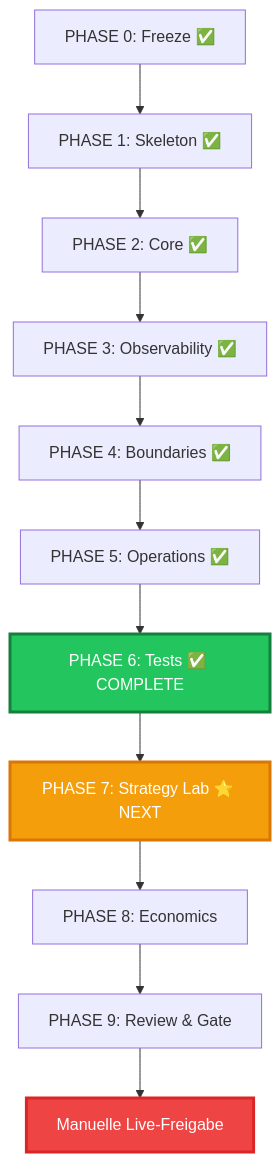
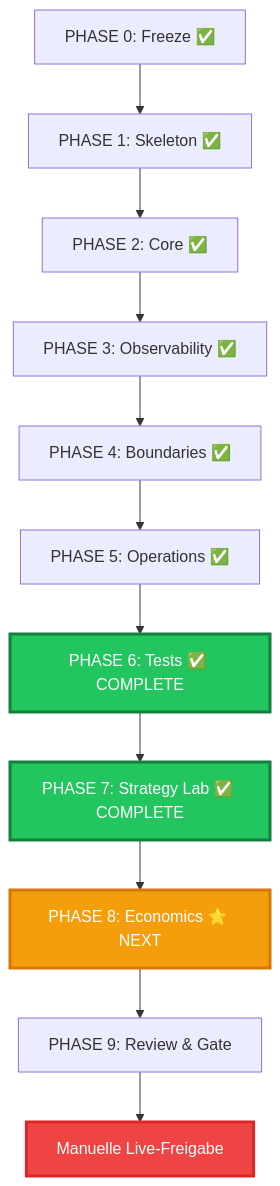
The diagram in forward_v5/docs/site/docs/phases.md (dpxyz/pecz), drawn with Mermaid before and after one commit. The commit also changed other lines of this file and 10 other files, not shown here.

First line of the commit message:
Phase 7 COMPLETE: Strategy Lab validation, Mission Control updated

````diff
--- a/forward_v5/docs/site/docs/phases.md
+++ b/forward_v5/docs/site/docs/phases.md
@@ -10,17 +10,18 @@
 ```mermaid
 graph TD
     P0[PHASE 0: Freeze ✅] --> P1[PHASE 1: Skeleton ✅]
     P1 --> P2[PHASE 2: Core ✅]
     P2 --> P3[PHASE 3: Observability ✅]
     P3 --> P4[PHASE 4: Boundaries ✅]
     P4 --> P5[PHASE 5: Operations ✅]
     P5 --> P6[PHASE 6: Tests ✅ COMPLETE]
-    P6 --> P7[PHASE 7: Strategy Lab ⭐ NEXT]
-    P7 --> P8[PHASE 8: Economics]
+    P6 --> P7[PHASE 7: Strategy Lab ✅ COMPLETE]
+    P7 --> P8[PHASE 8: Economics ⭐ NEXT]
     P8 --> P9[PHASE 9: Review & Gate]
     P9 --> LIVE[Manuelle Live-Freigabe]
     
     style P6 fill:#22c55e,stroke:#15803d,stroke-width:3px,color:#fff
-    style P7 fill:#f59e0b,stroke:#d97706,stroke-width:3px,color:#fff
+    style P7 fill:#22c55e,stroke:#15803d,stroke-width:3px,color:#fff
+    style P8 fill:#f59e0b,stroke:#d97706,stroke-width:3px,color:#fff
     style LIVE fill:#ef4444,stroke:#dc2626,stroke-width:3px,color:#fff
 ```
````
